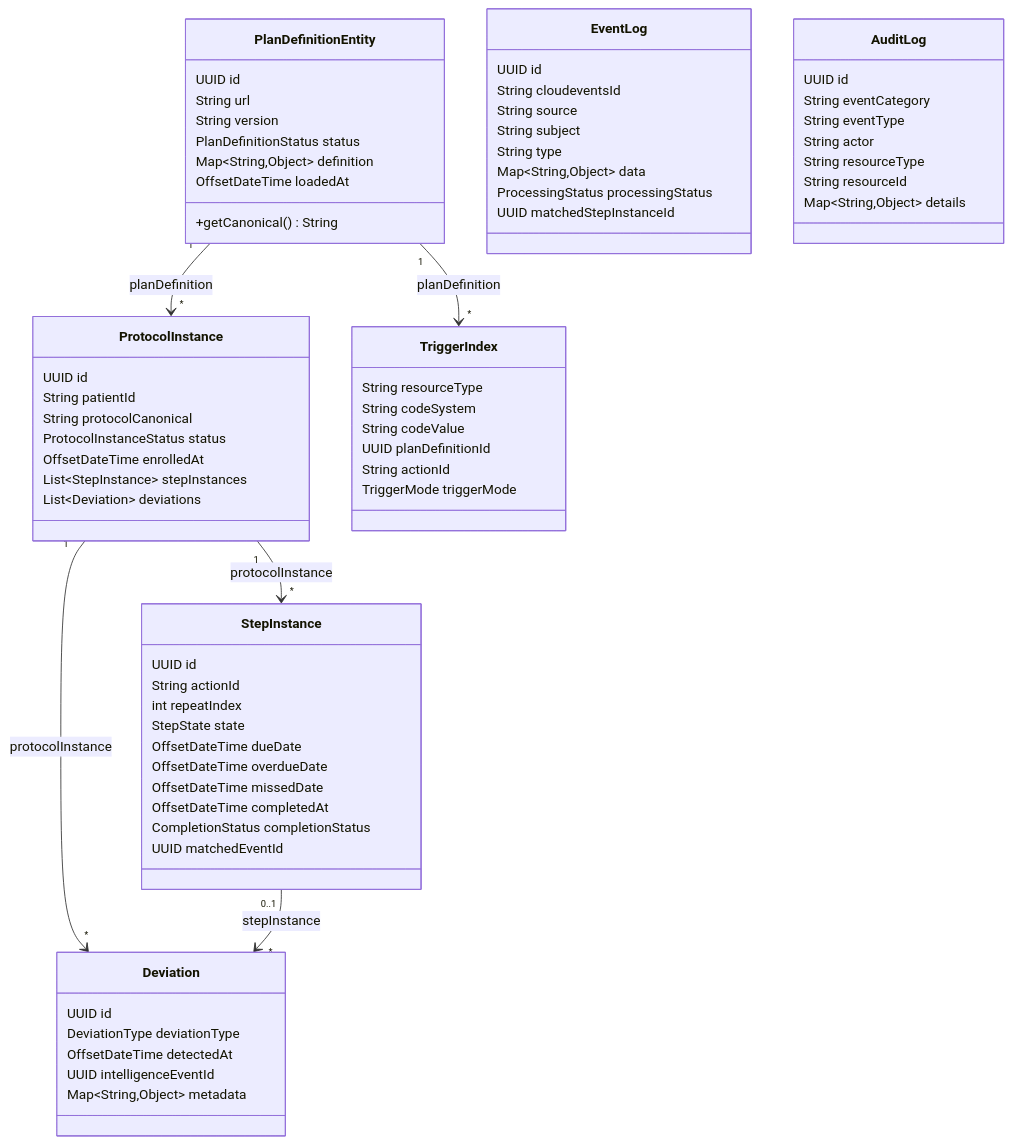
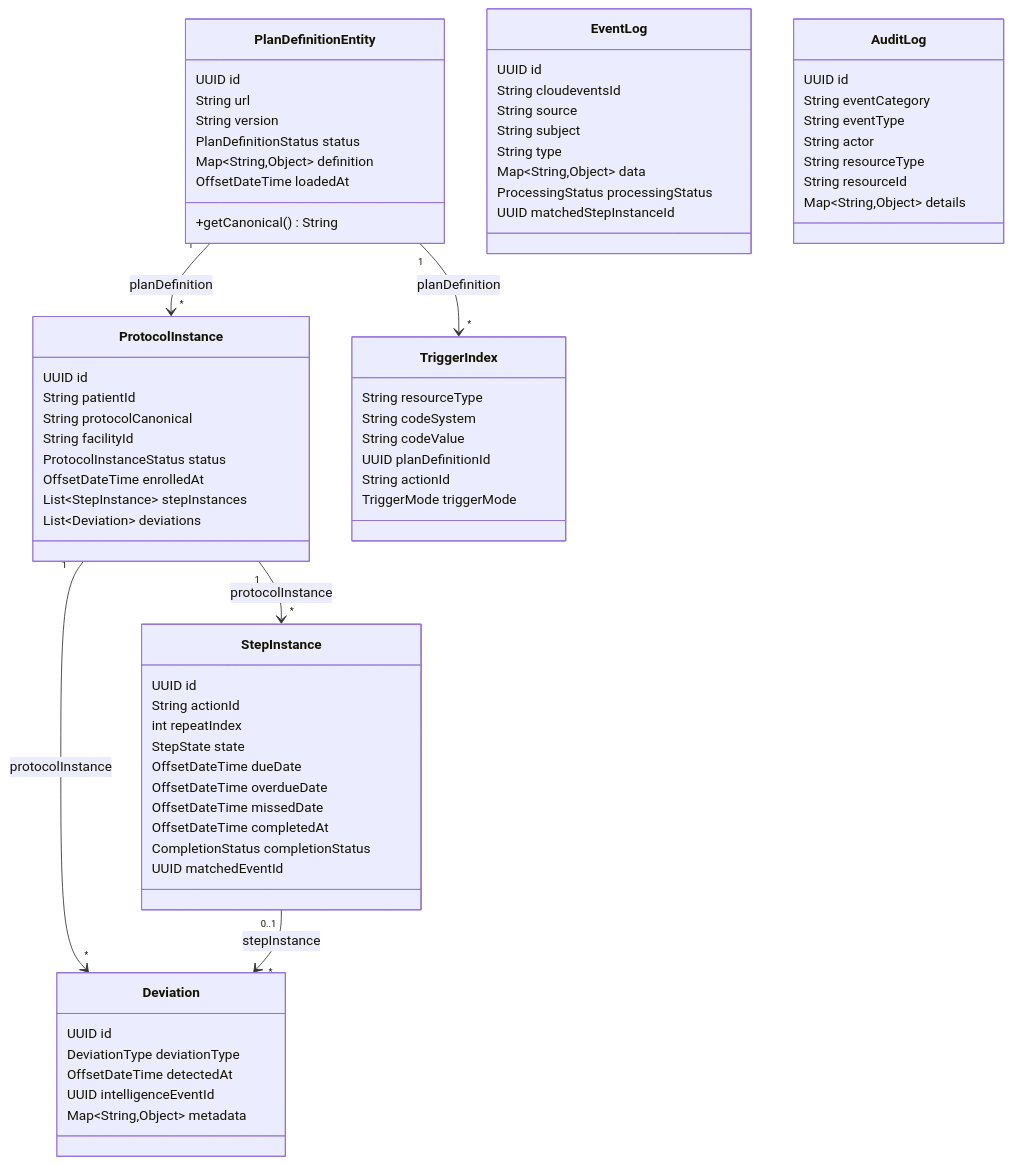
One commit to ishashankakkasali/cce-compliance-service changed the first of 6 diagrams in docs/low-level-design.md. Above: the diagram before and after it, drawn with Mermaid. The commit also changed other lines of this file and 5 other files, not shown here.

````diff
--- a/docs/low-level-design.md
+++ b/docs/low-level-design.md
@@ -96,79 +97,80 @@
 ```mermaid
 classDiagram
     class PlanDefinitionEntity {
         UUID id
         String url
         String version
         PlanDefinitionStatus status
         Map~String,Object~ definition
         OffsetDateTime loadedAt
         +getCanonical() String
     }
 
     class ProtocolInstance {
         UUID id
         String patientId
         String protocolCanonical
+        String facilityId
         ProtocolInstanceStatus status
         OffsetDateTime enrolledAt
         List~StepInstance~ stepInstances
         List~Deviation~ deviations
     }
 
     class StepInstance {
         UUID id
         String actionId
         int repeatIndex
         StepState state
         OffsetDateTime dueDate
         OffsetDateTime overdueDate
         OffsetDateTime missedDate
         OffsetDateTime completedAt
         CompletionStatus completionStatus
         UUID matchedEventId
     }
 
     class Deviation {
         UUID id
         DeviationType deviationType
         OffsetDateTime detectedAt
         UUID intelligenceEventId
         Map~String,Object~ metadata
     }
 
     class TriggerIndex {
         String resourceType
         String codeSystem
         String codeValue
         UUID planDefinitionId
         String actionId
         TriggerMode triggerMode
     }
 
     class EventLog {
         UUID id
         String cloudeventsId
         String source
         String subject
         String type
         Map~String,Object~ data
         ProcessingStatus processingStatus
         UUID matchedStepInstanceId
     }
 
     class AuditLog {
         UUID id
         String eventCategory
         String eventType
         String actor
         String resourceType
         String resourceId
         Map~String,Object~ details
     }
 
     PlanDefinitionEntity "1" --> "*" ProtocolInstance : planDefinition
     PlanDefinitionEntity "1" --> "*" TriggerIndex : planDefinition
     ProtocolInstance "1" --> "*" StepInstance : protocolInstance
     ProtocolInstance "1" --> "*" Deviation : protocolInstance
     StepInstance "0..1" --> "*" Deviation : stepInstance
 ```
````
